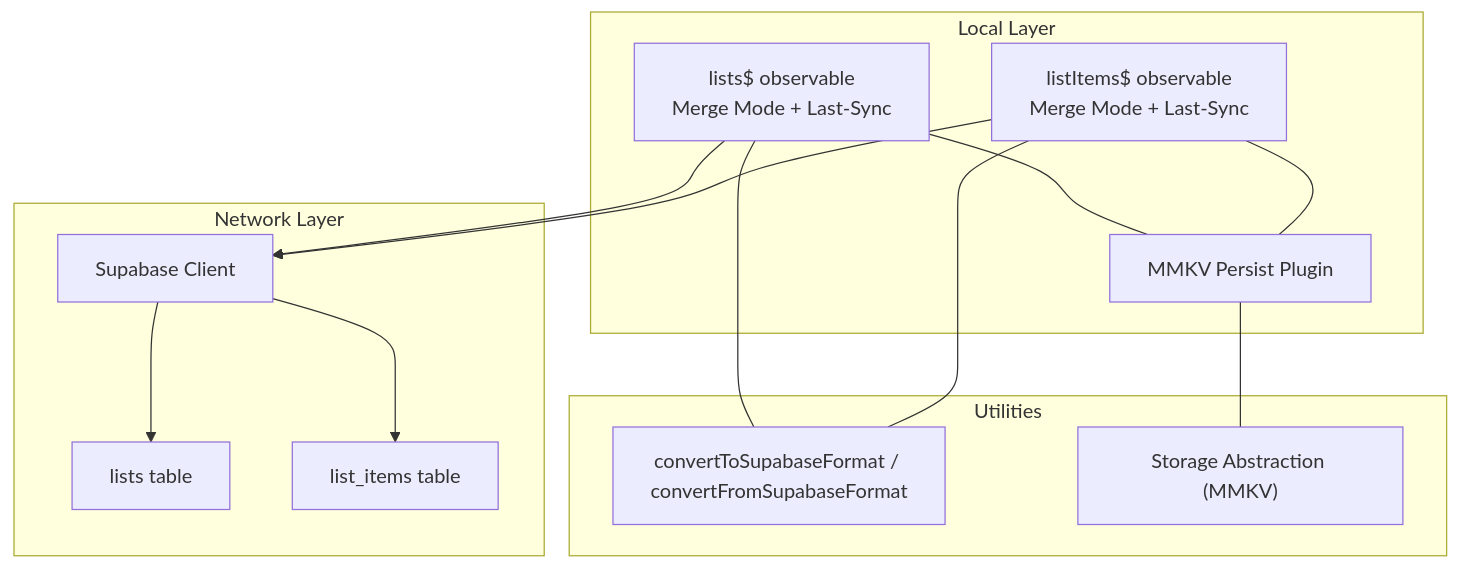
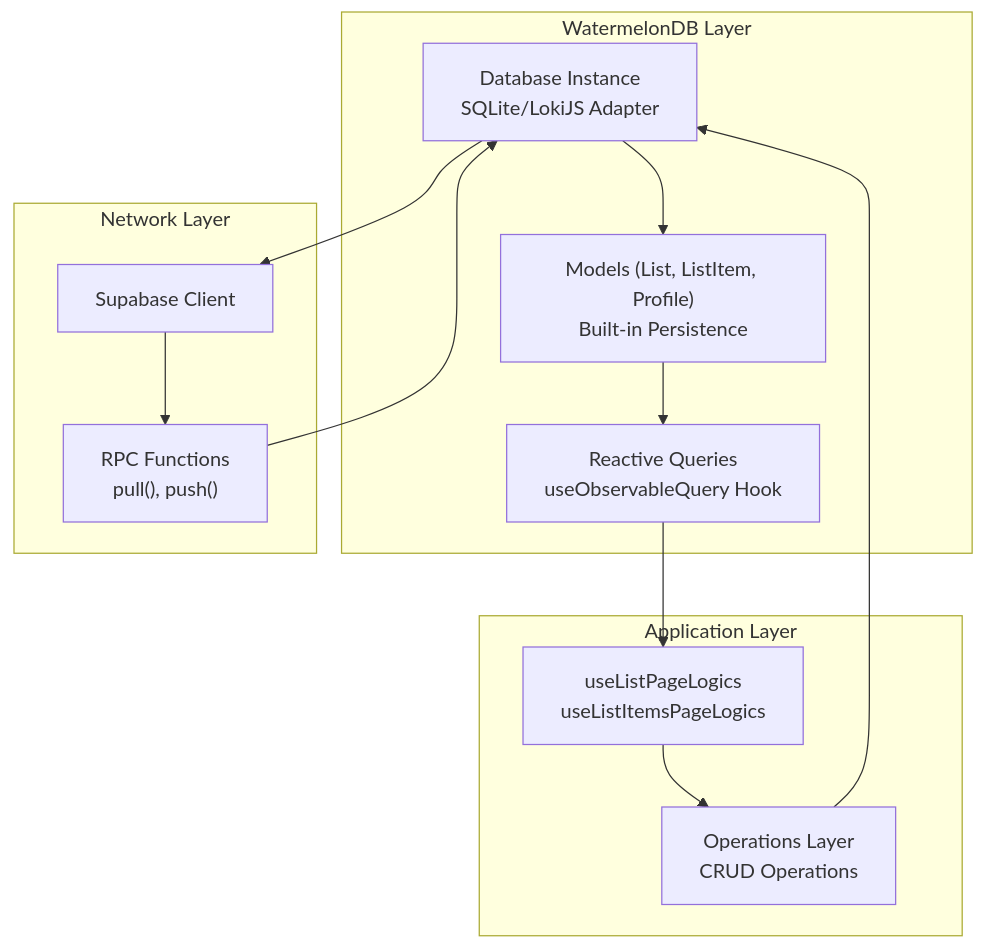
Before and after one commit to karllasouzza/PowerLists: the first of 8 diagrams in .qoder/repowiki/en/content/State Management Architecture/Synchronization Strategies and Conflict Resolution.md, drawn with Mermaid. The commit also changed other lines of this file and 5 other files, not shown here.

First line of the commit message:
docs(database): add comprehensive WatermelonDB integration and migrate state management

````diff
--- a/.qoder/repowiki/en/content/State Management Architecture/Synchronization Strategies and Conflict Resolution.md
+++ b/.qoder/repowiki/en/content/State Management Architecture/Synchronization Strategies and Conflict Resolution.md
@@ -44,26 +58,24 @@
 ```mermaid
 graph TB
-subgraph "Local Layer"
-L1["lists$ observable<br/>Merge Mode + Last-Sync"]
-L2["listItems$ observable<br/>Merge Mode + Last-Sync"]
-P["MMKV Persist Plugin"]
+subgraph "WatermelonDB Layer"
+W1["Database Instance<br/>SQLite/LokiJS Adapter"]
+W2["Models (List, ListItem, Profile)<br/>Built-in Persistence"]
+W3["Reactive Queries<br/>useObservableQuery Hook"]
 end
 subgraph "Network Layer"
 S["Supabase Client"]
-TBL1["lists table"]
-TBL2["list_items table"]
+RPC["RPC Functions<br/>pull(), push()"]
 end
-subgraph "Utilities"
-U1["convertToSupabaseFormat / convertFromSupabaseFormat"]
-U2["Storage Abstraction (MMKV)"]
+subgraph "Application Layer"
+A1["useListPageLogics<br/>useListItemsPageLogics"]
+A2["Operations Layer<br/>CRUD Operations"]
 end
-L1 --> S
-L2 --> S
-S --> TBL1
-S --> TBL2
-L1 --- P
-L2 --- P
-L1 --- U1
-L2 --- U1
-P --- U2
+W1 --> W2
+W2 --> W3
+W3 --> A1
+A1 --> A2
+A2 --> W1
+W1 --> S
+S --> RPC
+RPC --> W1
 ```
````
